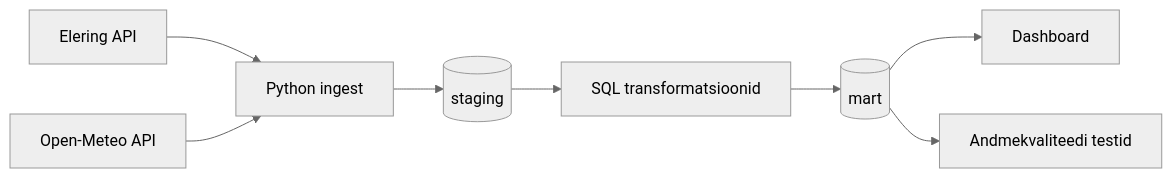
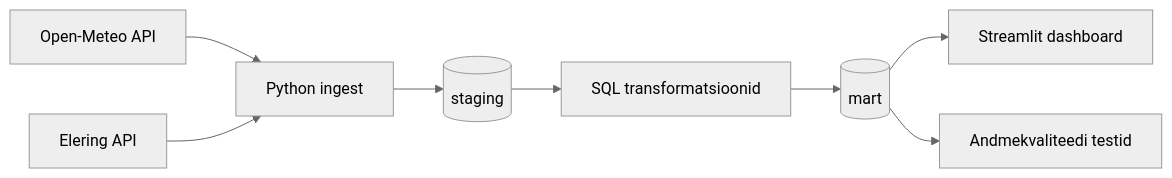
One commit to katlinpend/Elektritarbimise_optimeerimine_kasvuhoones changed the diagram in docs/arhitektuur.md. Above: the diagram before and after it, drawn with Mermaid (neutral theme). The commit also changed other lines of this file and 1 other file, not shown here.

````diff
--- a/docs/arhitektuur.md
+++ b/docs/arhitektuur.md
@@ -51,12 +72,10 @@
 ```mermaid
 flowchart LR
-    A[Elering API] --> B[Python ingest]
-    C[Open-Meteo API] --> B
-
+    A[Open-Meteo API] --> B[Python ingest]
+    C[Elering API] --> B
     B --> D[(staging)]
     D --> E[SQL transformatsioonid]
     E --> F[(mart)]
-
-    F --> G[Dashboard]
+    F --> G[Streamlit dashboard]
     F --> H[Andmekvaliteedi testid]
 ```
````
